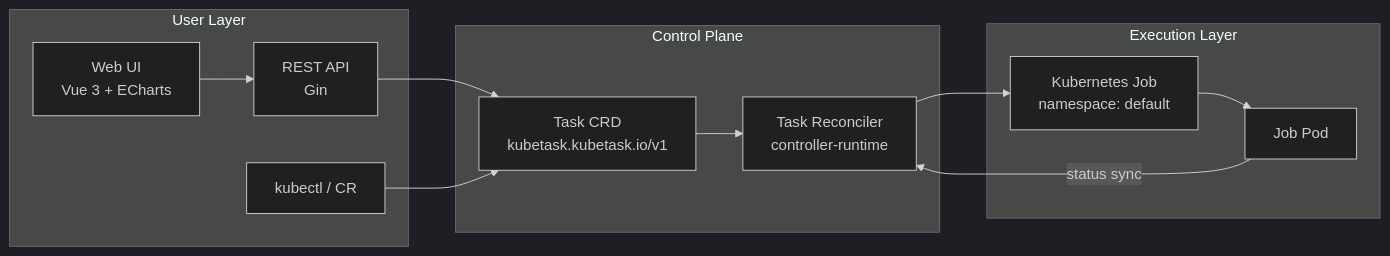
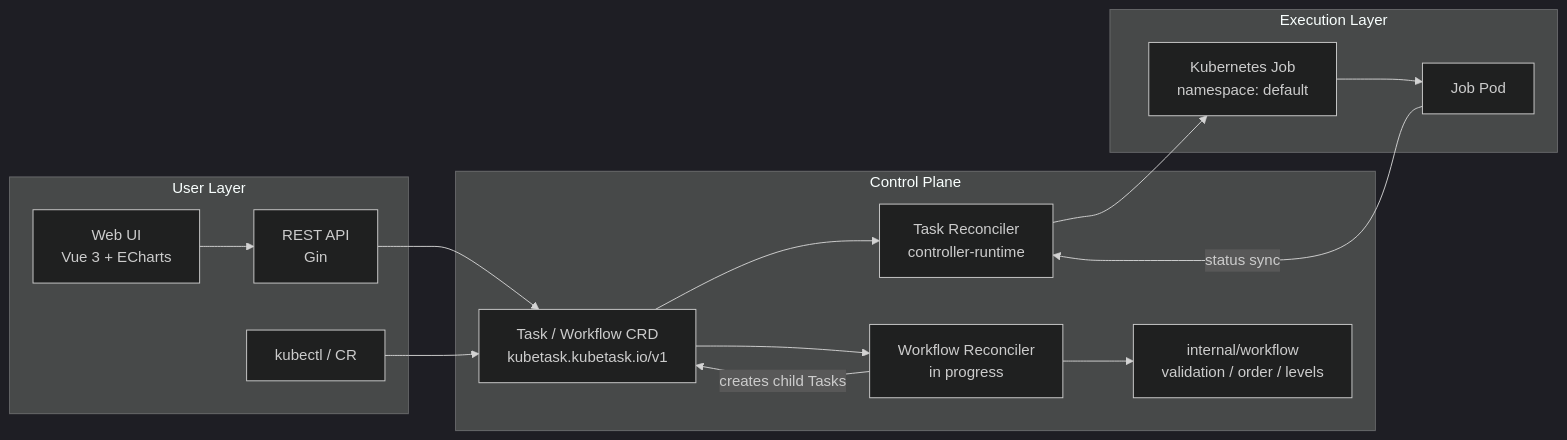
One commit to CHYUQI/KubeTask changed the diagram in README_EN.md. Above: the diagram before and after it, drawn with Mermaid (dark theme). The commit also changed other lines of this file and 6 other files, not shown here.

Commit message:
feat: add Workflow CRD and controller implementation with tests

````diff
--- a/README_EN.md
+++ b/README_EN.md
@@ -36,26 +46,31 @@
 ```mermaid
 flowchart LR
     subgraph User Layer
         UI[Web UI<br/>Vue 3 + ECharts]
         API[REST API<br/>Gin]
         CLI[kubectl / CR]
     end
 
     subgraph Control Plane
-        CRD[Task CRD<br/>kubetask.kubetask.io/v1]
+        CRD[Task / Workflow CRD<br/>kubetask.kubetask.io/v1]
         CTRL[Task Reconciler<br/>controller-runtime]
+        WCTRL[Workflow Reconciler<br/>in progress]
+        DAGPKG[internal/workflow<br/>validation / order / levels]
     end
 
     subgraph Execution Layer
         JOB[Kubernetes Job<br/>namespace: default]
         POD[Job Pod]
     end
 
     UI --> API
     API --> CRD
     CLI --> CRD
     CRD --> CTRL
     CTRL --> JOB
     JOB --> POD
     POD -- status sync --> CTRL
+    CRD --> WCTRL
+    WCTRL --> DAGPKG
+    WCTRL -- creates child Tasks --> CRD
 ```
````
